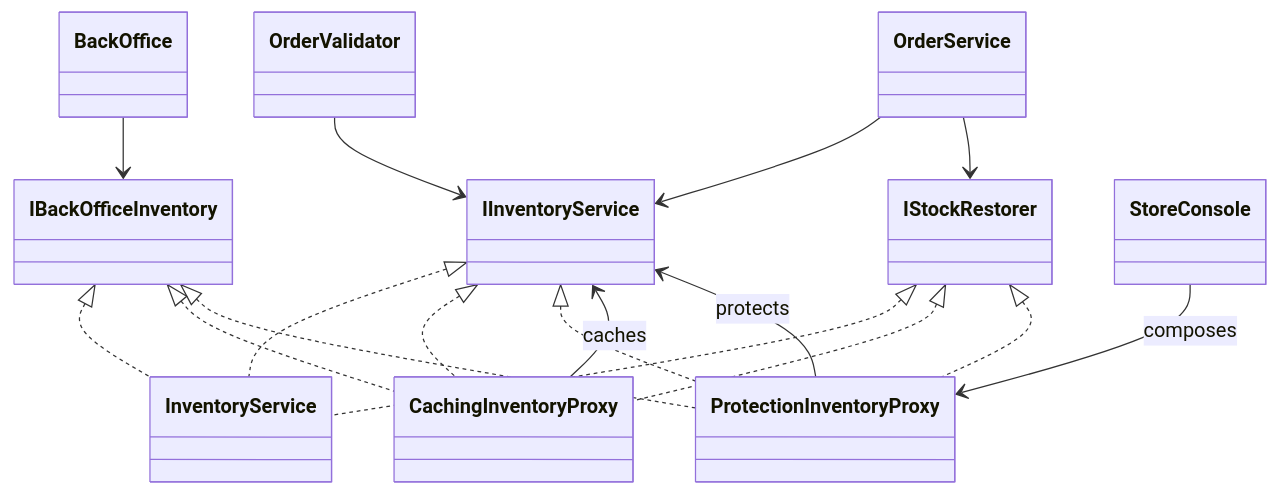
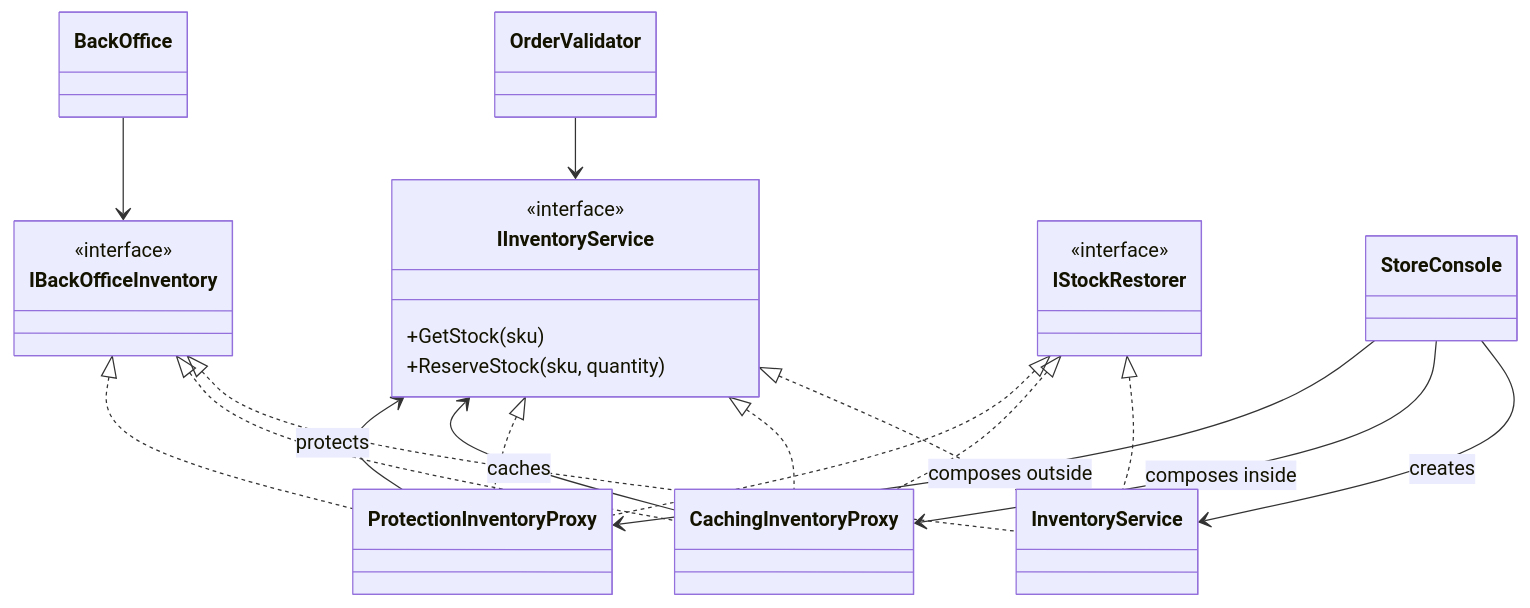
One commit to vaughnellis/gang-of-four-in-action changed the first of 2 diagrams in patterns/structural/proxy/README.md. Above: the diagram before and after it, drawn with Mermaid. The commit also changed other lines of this file and 34 other files, not shown here.

````diff
--- a/patterns/structural/proxy/README.md
+++ b/patterns/structural/proxy/README.md
@@ -32,19 +72,30 @@
 ```mermaid
 classDiagram
+    class IInventoryService {
+        <<interface>>
+        +GetStock(sku)
+        +ReserveStock(sku, quantity)
+    }
+    class IBackOfficeInventory {
+        <<interface>>
+    }
+    class IStockRestorer {
+        <<interface>>
+    }
     IInventoryService <|.. InventoryService
     IInventoryService <|.. CachingInventoryProxy
     IInventoryService <|.. ProtectionInventoryProxy
     IBackOfficeInventory <|.. InventoryService
     IBackOfficeInventory <|.. CachingInventoryProxy
     IBackOfficeInventory <|.. ProtectionInventoryProxy
     IStockRestorer <|.. InventoryService
     IStockRestorer <|.. CachingInventoryProxy
     IStockRestorer <|.. ProtectionInventoryProxy
     CachingInventoryProxy --> IInventoryService : caches
     ProtectionInventoryProxy --> IInventoryService : protects
-    StoreConsole --> ProtectionInventoryProxy : composes
+    StoreConsole --> InventoryService : creates
+    StoreConsole --> CachingInventoryProxy : composes inside
+    StoreConsole --> ProtectionInventoryProxy : composes outside
     OrderValidator --> IInventoryService
-    OrderService --> IInventoryService
-    OrderService --> IStockRestorer
     BackOffice --> IBackOfficeInventory
 ```
````
